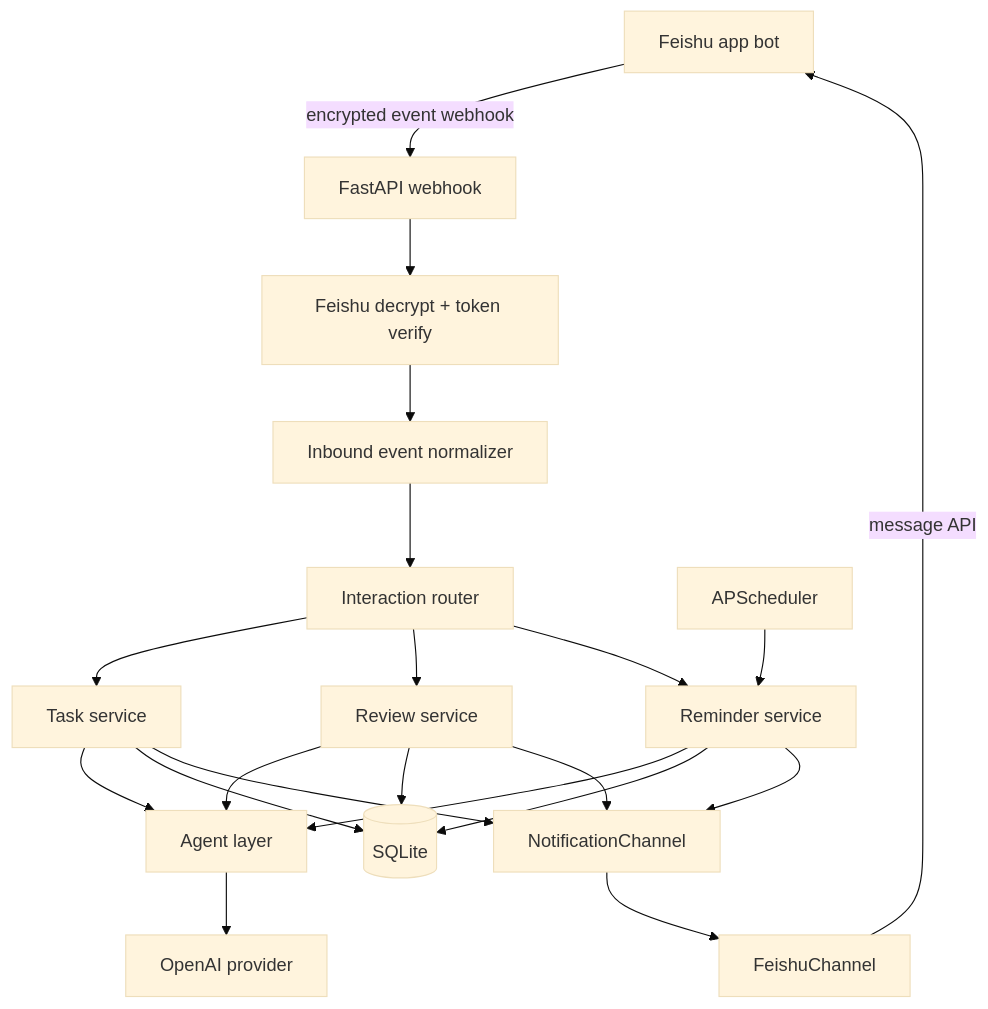
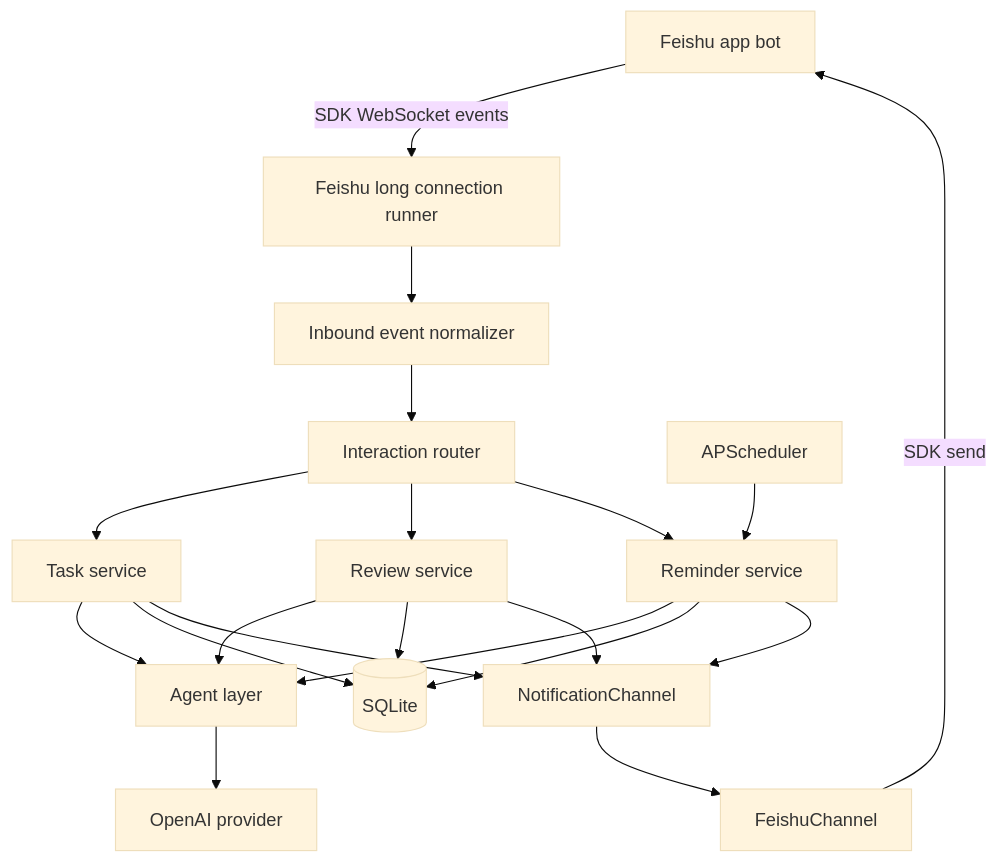
The diagram in docs/plans/2026-06-06-001-feat-personal-assistant-agent-plan.md (cyt1999/ia), drawn with Mermaid (base theme) before and after one commit. The commit also changed other lines of this file and 13 other files, not shown here.

Commit message:
refactor: use Feishu SDK long connection

````diff
--- a/docs/plans/2026-06-06-001-feat-personal-assistant-agent-plan.md
+++ b/docs/plans/2026-06-06-001-feat-personal-assistant-agent-plan.md
@@ -76,23 +76,22 @@
 ```mermaid
 flowchart TB
-  Feishu[Feishu app bot] -->|encrypted event webhook| API[FastAPI webhook]
-  API --> Security[Feishu decrypt + token verify]
-  Security --> Inbound[Inbound event normalizer]
+  Feishu[Feishu app bot] -->|SDK WebSocket events| Runner[Feishu long connection runner]
+  Runner --> Inbound[Inbound event normalizer]
   Inbound --> Router[Interaction router]
   Router --> TaskSvc[Task service]
   Router --> ReviewSvc[Review service]
   Router --> ReminderSvc[Reminder service]
   TaskSvc --> Agent[Agent layer]
   ReviewSvc --> Agent
   ReminderSvc --> Agent
   Agent --> LLM[OpenAI provider]
   TaskSvc --> DB[(SQLite)]
   ReviewSvc --> DB
   ReminderSvc --> DB
   Scheduler[APScheduler] --> ReminderSvc
   ReminderSvc --> Channel[NotificationChannel]
   ReviewSvc --> Channel
   TaskSvc --> Channel
   Channel --> FeishuAdapter[FeishuChannel]
-  FeishuAdapter -->|message API| Feishu
+  FeishuAdapter -->|SDK send| Feishu
 ```
````
